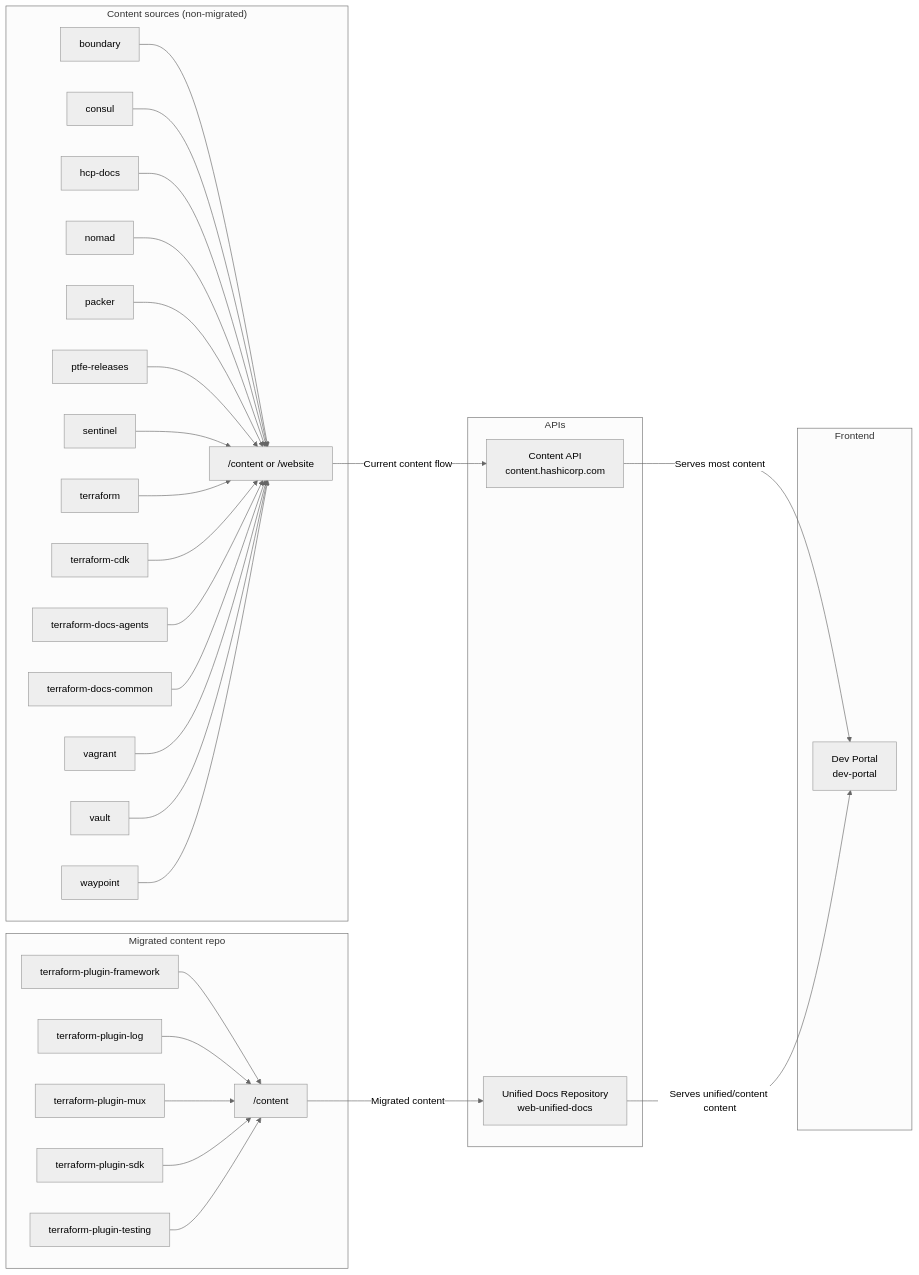
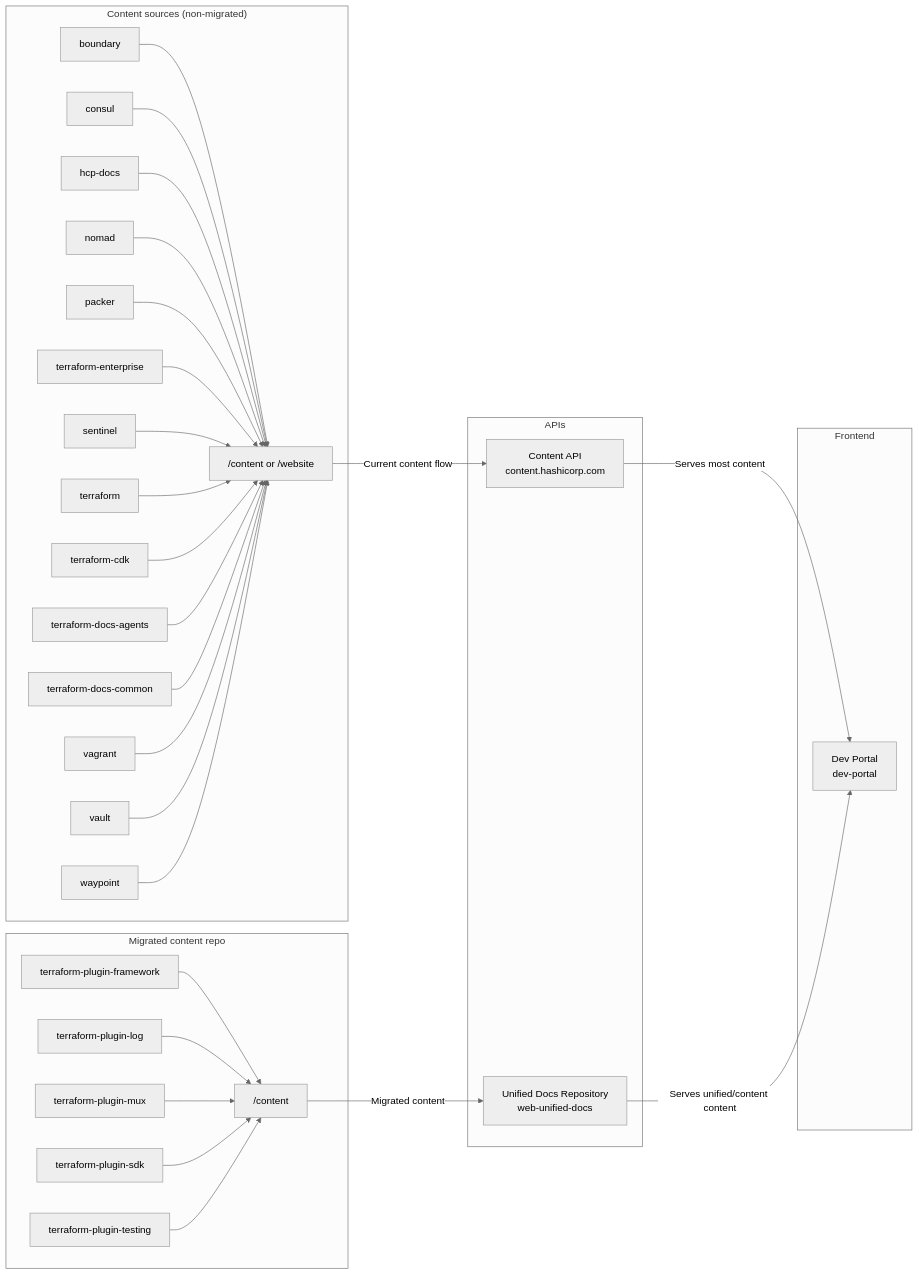
The diagram in README.md (hashicorp/web-unified-docs), drawn with Mermaid (neutral theme) before and after one commit. The commit also changed 5 other files, not shown here.

First line of the commit message:
Update reference to ptfe-releases

````diff
--- a/README.md
+++ b/README.md
@@ -13,53 +13,53 @@
 ```mermaid
 graph LR
     subgraph "Content sources (non-migrated)"
         BDY[boundary]
         CSL[consul]
         HCP[hcp-docs]
         NMD[nomad]
         PKR[packer]
-        PTF[ptfe-releases]
+        TFE[terraform-enterprise]
         SNT[sentinel]
         TF[terraform]
         TFC[terraform-cdk]
         TFA[terraform-docs-agents]
         TFD[terraform-docs-common]
         VGT[vagrant]
         VLT[vault]
         WPT[waypoint]
 
         CURALL["/content or /website"]
-        BDY & CSL & HCP & NMD & PKR & PTF & SNT & TF & TFC & TFA & TFD & VGT & VLT & WPT --> CURALL
+        BDY & CSL & HCP & NMD & PKR & TFE & SNT & TF & TFC & TFA & TFD & VGT & VLT & WPT --> CURALL
     end
 
     subgraph "Migrated content repo"
         TPF[terraform-plugin-framework]
         TPL[terraform-plugin-log]
         TPM[terraform-plugin-mux]
         TPS[terraform-plugin-sdk]
         TPT[terraform-plugin-testing]
 
         MIGALL["/content"]
         TPF & TPL & TPM & TPS & TPT --> MIGALL
     end
 
     subgraph "APIs"
         CP[Content API<br>content.hashicorp.com]
         UDR[Unified Docs Repository<br>web-unified-docs]
     end
 
     subgraph "Frontend"
         DP[Dev Portal<br>dev-portal]
     end
 
     %% BDY & CSL & HCP & NMD & PKR & PTF & SNT & TF & TFC & TFA & TFD & VGT & VLT & WPT --> CP
     %% TPF & TPL & TPM & TPS & TPT --> UDR
 
     CURALL -->|Current content flow| CP
     MIGALL -->|Migrated content| UDR
 
     CP -->|Serves most content| DP
     UDR -->|Serves unified/content content| DP
 
     class TPF,TPL,TPM,TPS,TPT,BDY,CSL,HCP,NMD,PKR,PTF,SNT,TF,TFC,TFA,TFD,VGT,VLT,WPT productRepo
 ```
````
